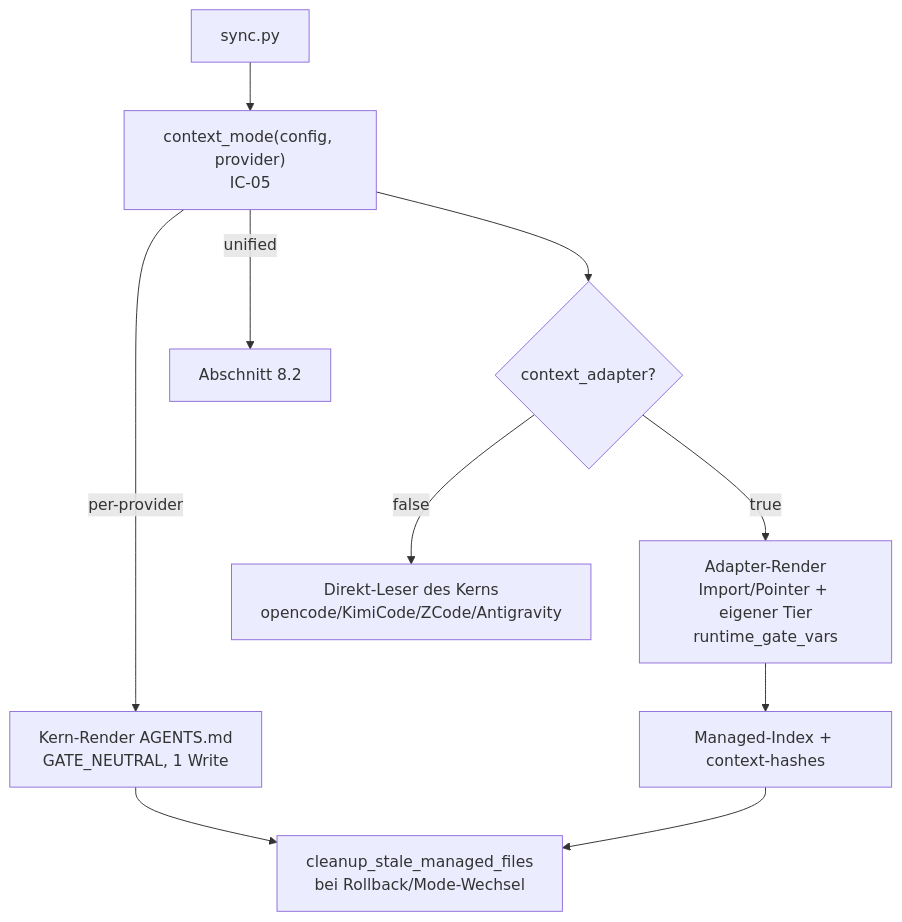
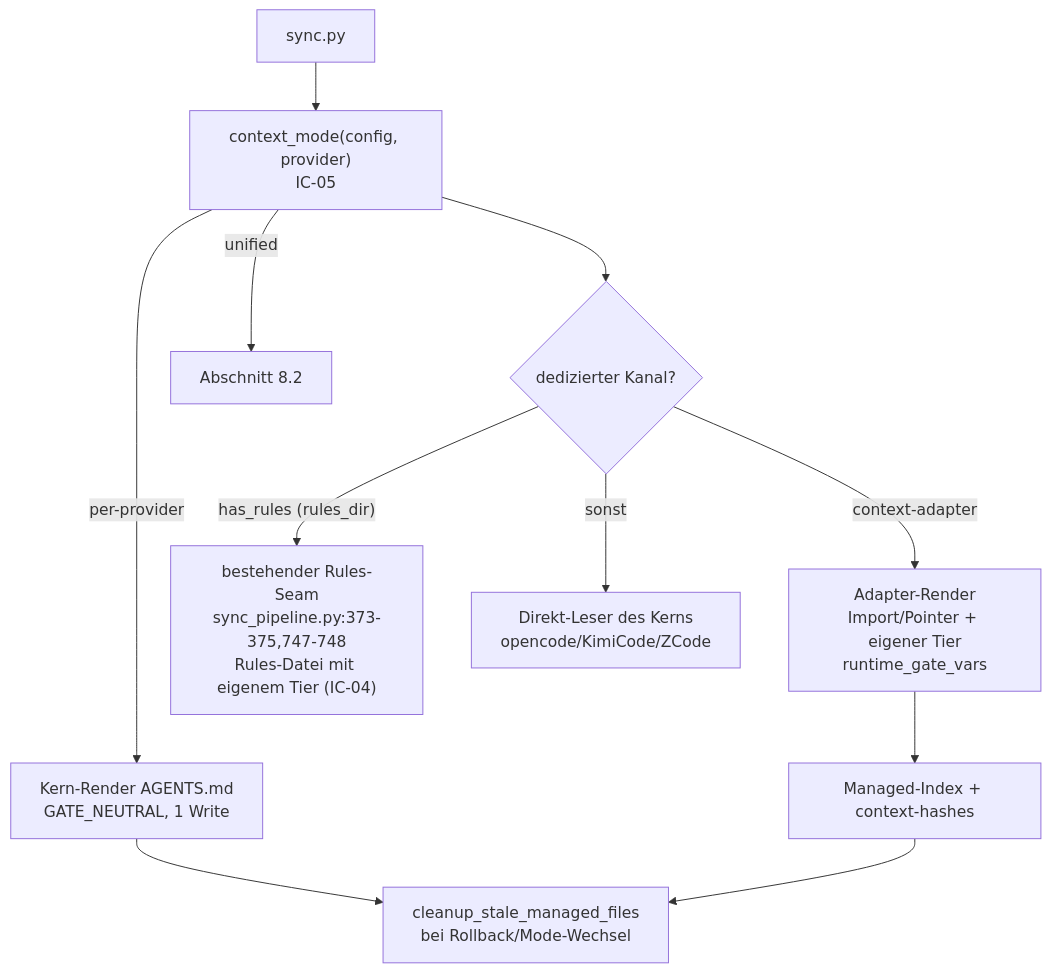
Before and after one commit to Popoboxxo/agent-meta: the second of 2 diagrams in docs/specs/2026-09-13-context-file-modes-system-design.md, drawn with Mermaid. The commit also changed other lines of this file and 1 other file, not shown here.

Commit message:
docs: correct gemini/antigravity provider model in context-file-modes

````diff
--- a/docs/specs/2026-09-13-context-file-modes-system-design.md
+++ b/docs/specs/2026-09-13-context-file-modes-system-design.md
@@ -716,12 +833,13 @@
 ```mermaid
 flowchart TD
   A["sync.py"] --> B["context_mode(config, provider)<br/>IC-05"]
   B -->|per-provider| C["Kern-Render AGENTS.md<br/>GATE_NEUTRAL, 1 Write"]
-  B --> D{"context_adapter?"}
-  D -->|true| E["Adapter-Render<br/>Import/Pointer + eigener Tier<br/>runtime_gate_vars"]
-  D -->|false| F["Direkt-Leser des Kerns<br/>opencode/KimiCode/ZCode/Antigravity"]
+  B --> D{"dedizierter Kanal?"}
+  D -->|"context-adapter"| E["Adapter-Render<br/>Import/Pointer + eigener Tier<br/>runtime_gate_vars"]
+  D -->|"has_rules (rules_dir)"| J["bestehender Rules-Seam<br/>sync_pipeline.py:373-375,747-748<br/>Rules-Datei mit eigenem Tier (IC-04)"]
+  D -->|"sonst"| F["Direkt-Leser des Kerns<br/>opencode/KimiCode/ZCode"]
   E --> G["Managed-Index + context-hashes"]
   C --> H["cleanup_stale_managed_files<br/>bei Rollback/Mode-Wechsel"]
   G --> H
   B -->|unified| I["Abschnitt 8.2"]
 ```
````
